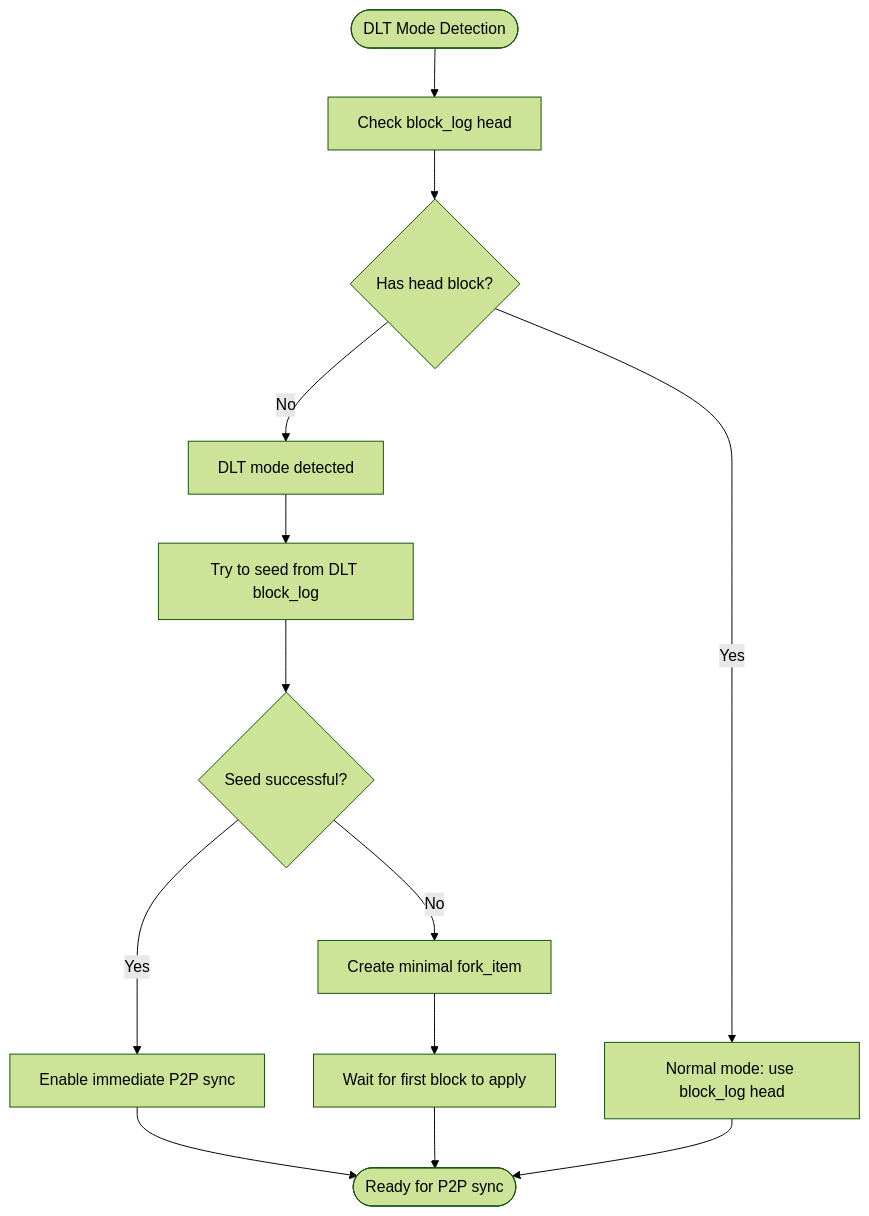
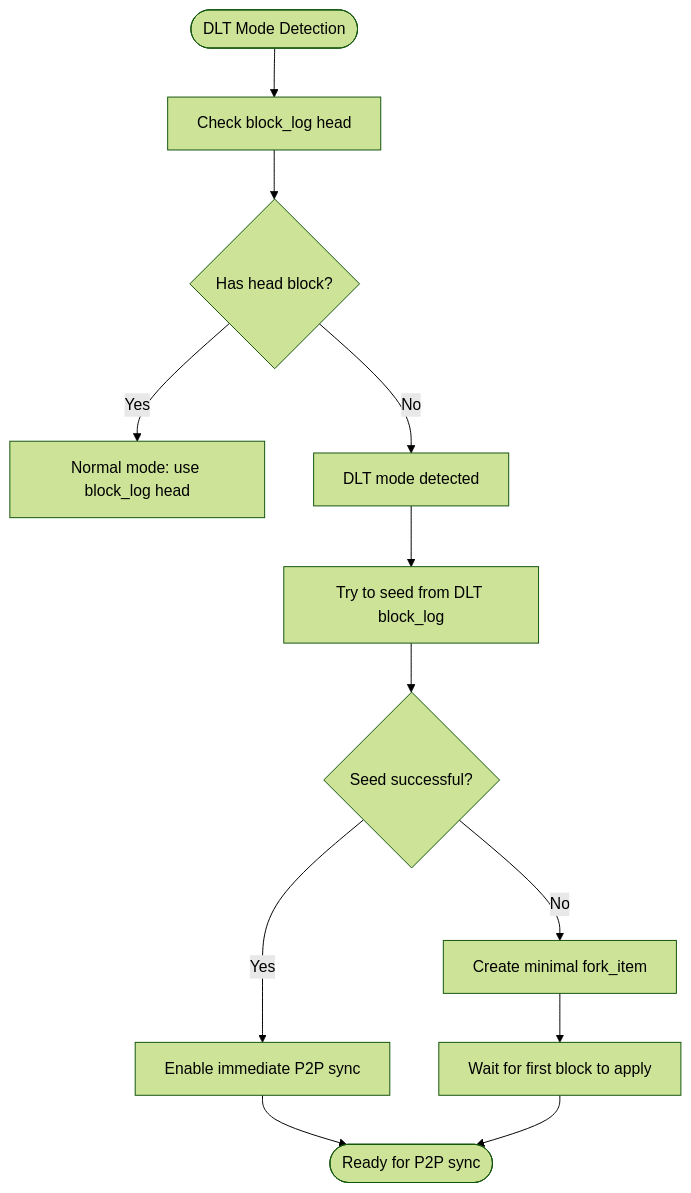
One commit to VIZ-Blockchain/viz-cpp-node changed the eighth of 13 diagrams in .qoder/repowiki/en/content/Architecture Overview/Core Libraries/Chain Library/Fork Resolution and Consensus.md. Above: the diagram before and after it, drawn with Mermaid (forest theme). The commit also changed other lines of this file and 4 other files, not shown here.

````diff
--- a/.qoder/repowiki/en/content/Architecture Overview/Core Libraries/Chain Library/Fork Resolution and Consensus.md
+++ b/.qoder/repowiki/en/content/Architecture Overview/Core Libraries/Chain Library/Fork Resolution and Consensus.md
@@ -332,15 +377,14 @@
 ```mermaid
 flowchart TD
 Start(["DLT Mode Detection"]) --> CheckLog["Check block_log head"]
 CheckLog --> HasHead{"Has head block?"}
 HasHead --> |Yes| NormalMode["Normal mode: use block_log head"]
 HasHead --> |No| DLTMode["DLT mode detected"]
 DLTMode --> SeedFromDLT["Try to seed from DLT block_log"]
 SeedFromDLT --> SeedSuccess{"Seed successful?"}
 SeedSuccess --> |Yes| ImmediateSync["Enable immediate P2P sync"]
 SeedSuccess --> |No| MinimalSeed["Create minimal fork_item"]
 MinimalSeed --> WaitFirstBlock["Wait for first block to apply"]
 ImmediateSync --> End(["Ready for P2P sync"])
 WaitFirstBlock --> End
-NormalMode --> End
 ```
````
